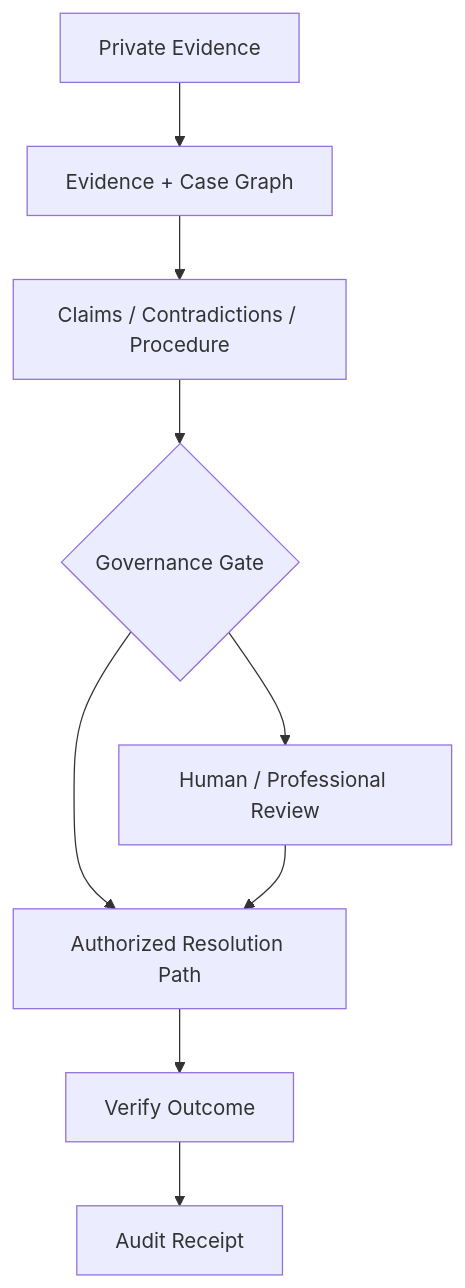
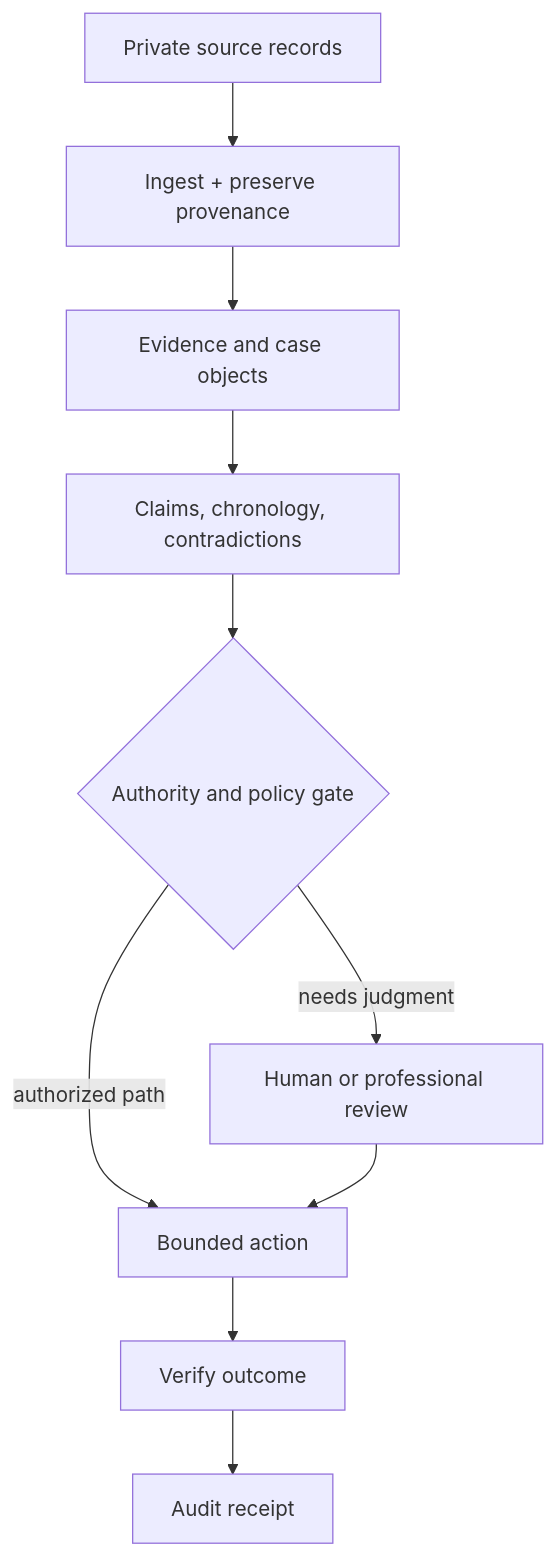
Before and after one commit to lpssovereign/Lalo-Pacheco-Sanchez---Architecture: the diagram in case-studies/phinex.md, drawn with Mermaid. The commit also changed other lines of this file and 3 other files, not shown here.

First line of the commit message:
Make architecture portfolio recruiter-ready

````diff
--- a/case-studies/phinex.md
+++ b/case-studies/phinex.md
@@ -15,11 +16,12 @@
 ```mermaid
 flowchart TD
- A[Private Evidence] --> B[Evidence + Case Graph]
- B --> C[Claims / Contradictions / Procedure]
- C --> G{Governance Gate}
- G --> H[Human / Professional Review]
- G --> R[Authorized Resolution Path]
- H --> R
- R --> V[Verify Outcome]
- V --> P[Audit Receipt]
+    A[Private source records] --> B[Ingest + preserve provenance]
+    B --> C[Evidence and case objects]
+    C --> D[Claims, chronology, contradictions]
+    D --> G{Authority and policy gate}
+    G -->|needs judgment| H[Human or professional review]
+    G -->|authorized path| X[Bounded action]
+    H --> X
+    X --> V[Verify outcome]
+    V --> R[Audit receipt]
 ```
````
